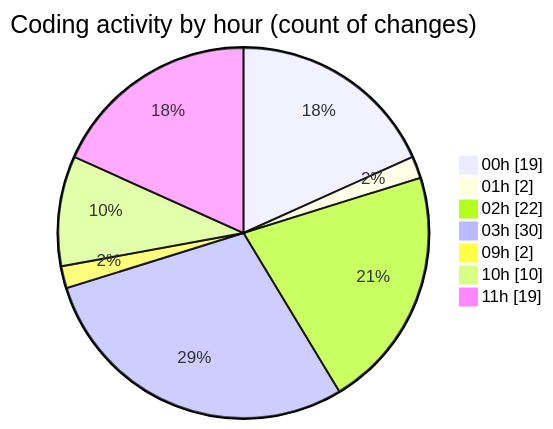
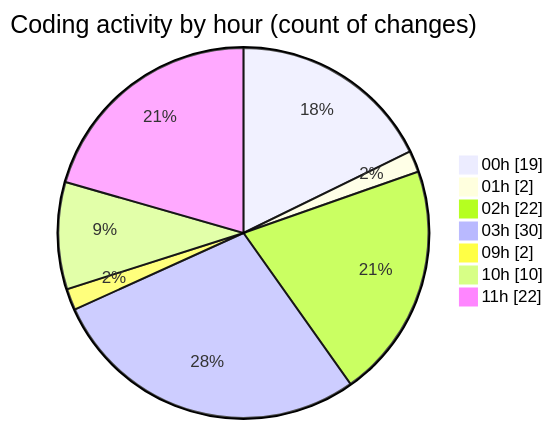
One commit to julien-gomy/code-tracking changed the second of 2 diagrams in 2025-10-21/eventscop-frontend-guide__workspace_/README.md. Above: the diagram before and after it, drawn with Mermaid. The commit also changed other lines of this file and 1 other file, not shown here.

````diff
--- a/2025-10-21/eventscop-frontend-guide__workspace_/README.md
+++ b/2025-10-21/eventscop-frontend-guide__workspace_/README.md
@@ -48,11 +49,11 @@
 ```mermaid
 pie showData
 title Coding activity by hour (count of changes)
 "00h" : 19
 "01h" : 2
 "02h" : 22
 "03h" : 30
 "09h" : 2
 "10h" : 10
-"11h" : 19
+"11h" : 22
 ```
````
